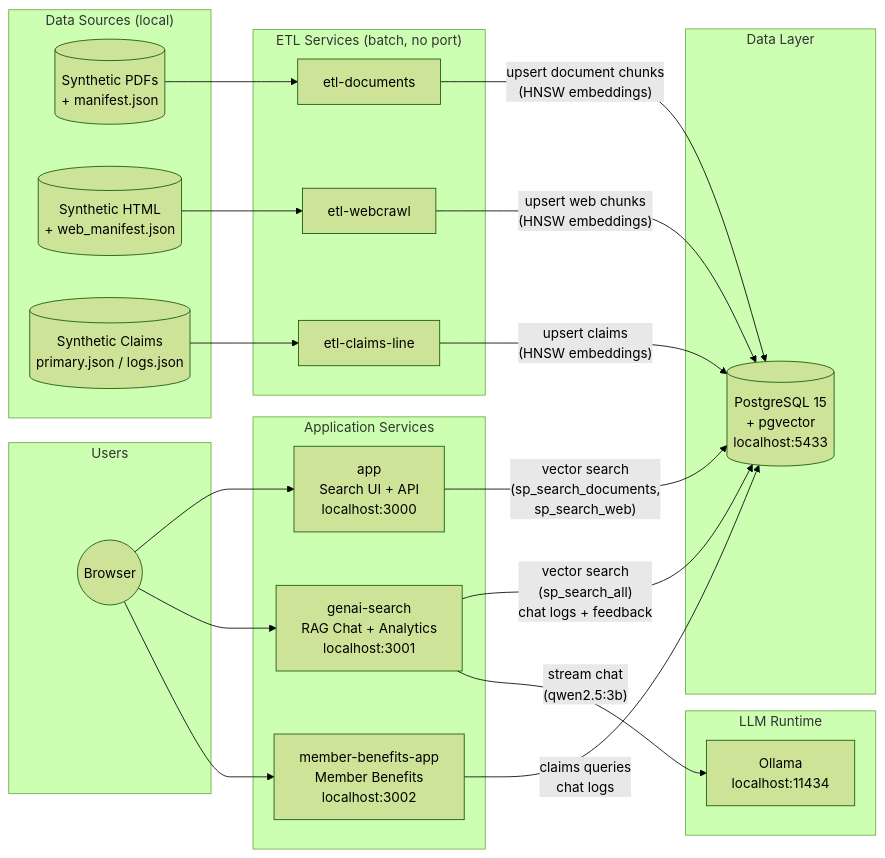
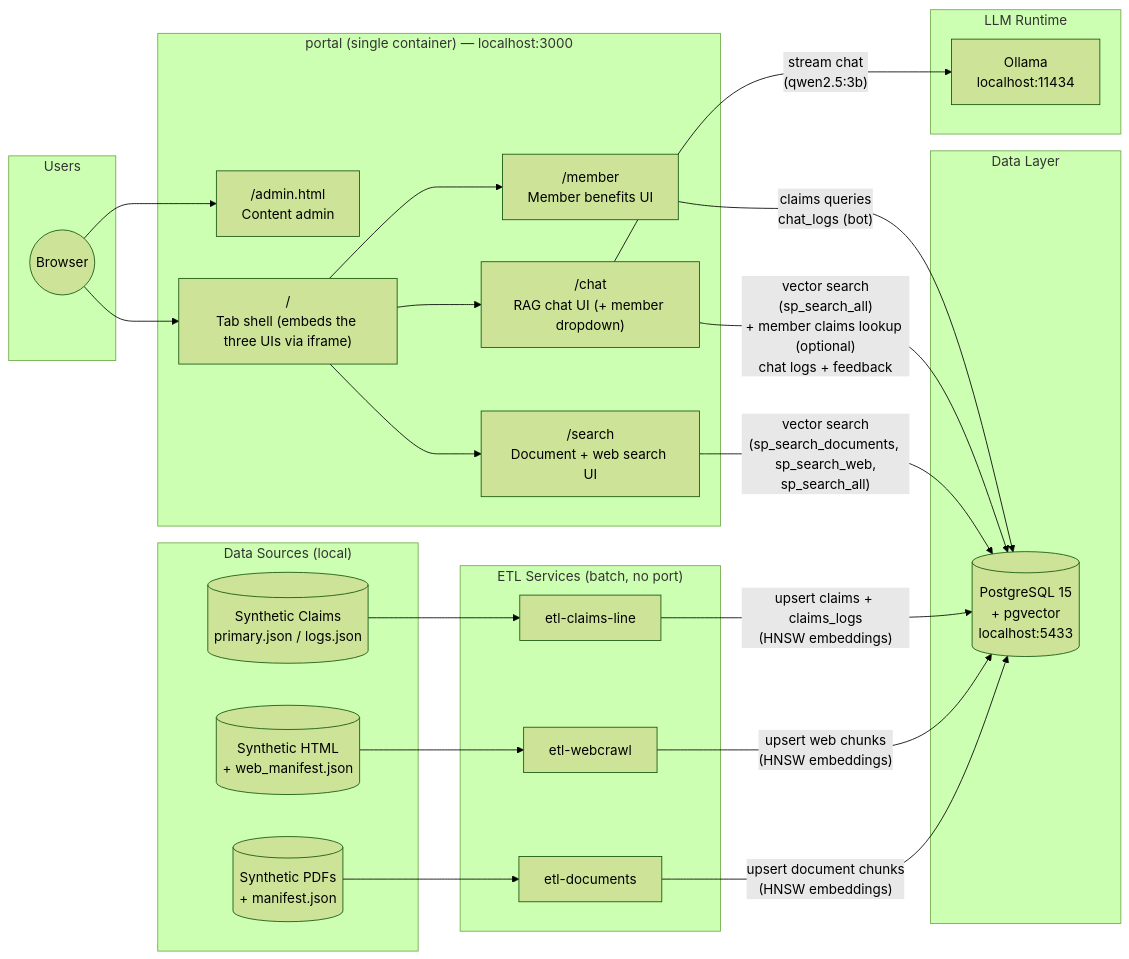
One commit to sjackshaw/document-search changed the first of 2 diagrams in docs/diagrams/system-architecture.md. Above: the diagram before and after it, drawn with Mermaid (forest theme). The commit also changed other lines of this file and 13 other files, not shown here.

````diff
--- a/docs/diagrams/system-architecture.md
+++ b/docs/diagrams/system-architecture.md
@@ -5,50 +5,54 @@
 ```mermaid
 graph LR
     subgraph Sources["Data Sources (local)"]
         pdfs[("Synthetic PDFs\n+ manifest.json")]
         html[("Synthetic HTML\n+ web_manifest.json")]
         claims_json[("Synthetic Claims\nprimary.json / logs.json")]
     end
 
     subgraph ETL["ETL Services (batch, no port)"]
         etl_docs["etl-documents"]
         etl_web["etl-webcrawl"]
         etl_claims["etl-claims-line"]
     end
 
     subgraph DB["Data Layer"]
         postgres[("PostgreSQL 15\n+ pgvector\nlocalhost:5433")]
     end
 
     subgraph LLM["LLM Runtime"]
         ollama["Ollama\nlocalhost:11434"]
     end
 
-    subgraph Apps["Application Services"]
-        app["app\nSearch UI + API\nlocalhost:3000"]
-        genai["genai-search\nRAG Chat + Analytics\nlocalhost:3001"]
-        member["member-benefits-app\nMember Benefits\nlocalhost:3002"]
+    subgraph Portal["portal (single container) — localhost:3000"]
+        search_ui["/search\nDocument + web search UI"]
+        chat_ui["/chat\nRAG chat UI (+ member dropdown)"]
+        member_ui["/member\nMember benefits UI"]
+        admin_ui["/admin.html\nContent admin"]
+        shell["/\nTab shell (embeds the three UIs via iframe)"]
     end
 
     subgraph Users["Users"]
         browser(("Browser"))
     end
 
     pdfs --> etl_docs
     html --> etl_web
     claims_json --> etl_claims
 
     etl_docs -- "upsert document chunks\n(HNSW embeddings)" --> postgres
     etl_web -- "upsert web chunks\n(HNSW embeddings)" --> postgres
-    etl_claims -- "upsert claims\n(HNSW embeddings)" --> postgres
+    etl_claims -- "upsert claims + claims_logs\n(HNSW embeddings)" --> postgres
 
-    app -- "vector search\n(sp_search_documents,\nsp_search_web)" --> postgres
-    genai -- "vector search\n(sp_search_all)\nchat logs + feedback" --> postgres
-    member -- "claims queries\nchat logs" --> postgres
+    search_ui -- "vector search\n(sp_search_documents, sp_search_web,\nsp_search_all)" --> postgres
+    chat_ui -- "vector search\n(sp_search_all)\n+ member claims lookup (optional)\nchat logs + feedback" --> postgres
+    member_ui -- "claims queries\nchat_logs (bot)" --> postgres
 
-    genai -- "stream chat\n(qwen2.5:3b)" --> ollama
+    chat_ui -- "stream chat\n(qwen2.5:3b)" --> ollama
 
-    browser --> app
-    browser --> genai
-    browser --> member
+    browser --> shell
+    shell --> search_ui
+    shell --> chat_ui
+    shell --> member_ui
+    browser --> admin_ui
 ```
````
